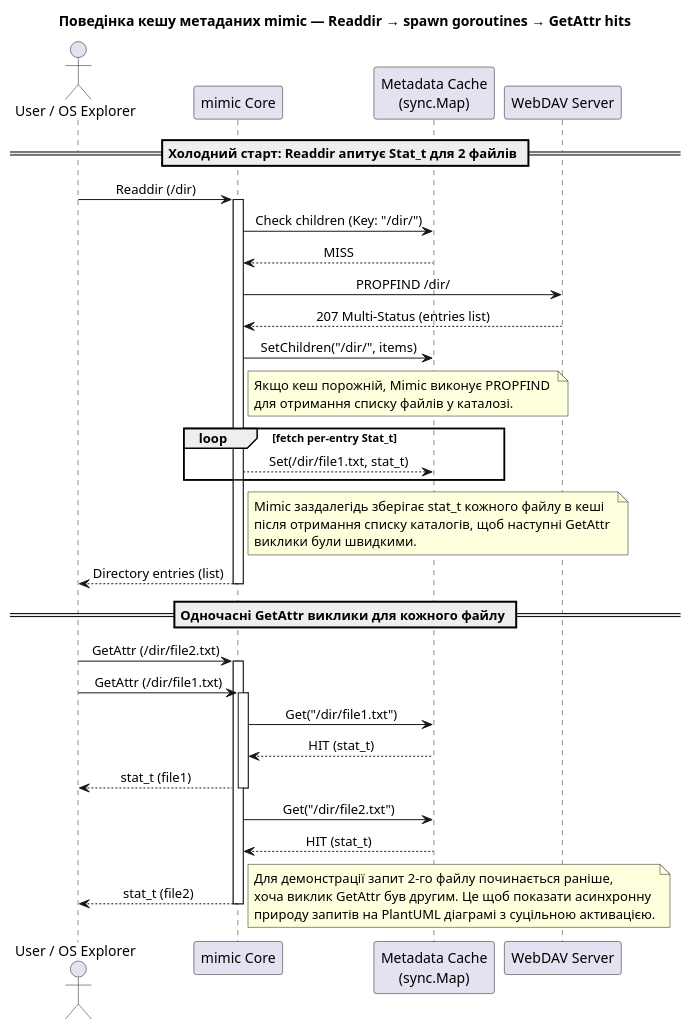
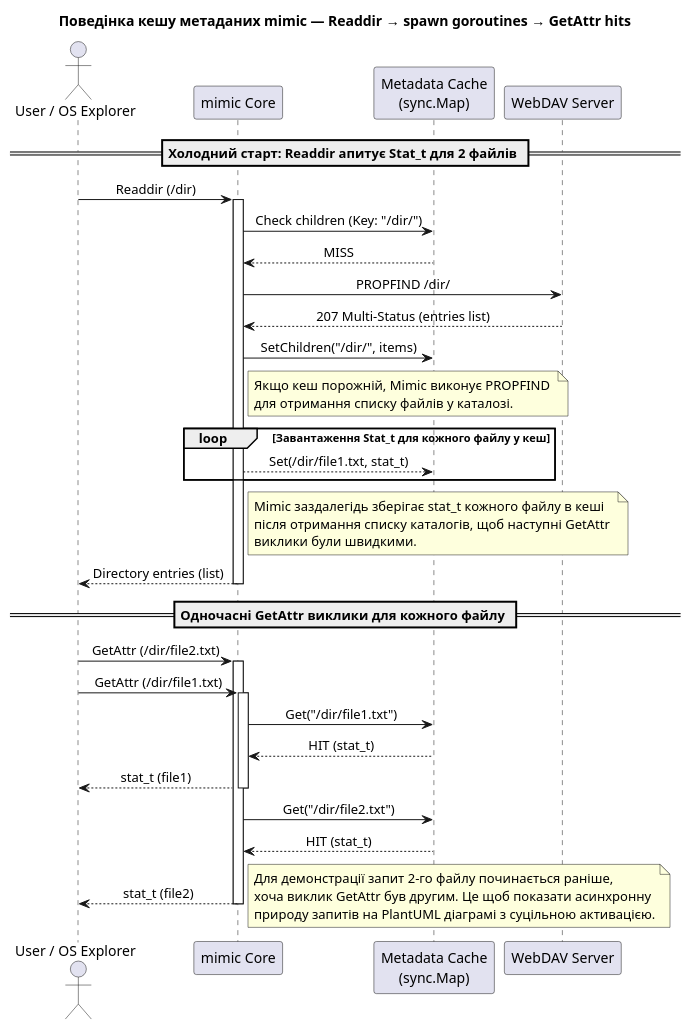
One commit to yur4uwe/mimic changed the diagram in docs/diagrams/readdir_cache.puml. Above: the diagram before and after it, drawn with PlantUML. The commit also changed 6 other files, not shown here.

```diff
--- a/docs/diagrams/readdir_cache.puml
+++ b/docs/diagrams/readdir_cache.puml
@@ -1,61 +1,61 @@
 @startuml Mimic_Cache_Behavior
 title Поведінка кешу метаданих mimic — Readdir → spawn goroutines → GetAttr hits
 skinparam sequenceMessageAlign center
 
 actor "User / OS Explorer" as User
 participant "mimic Core" as Mimic
 participant "Metadata Cache\n(sync.Map)" as Cache
 participant "WebDAV Server" as Server
 
 note left
 Active blocks (activated participants) denote
 separate goroutines running asynchronously, shown
 as parallel activations on the Mimic lifeline.
 end note
 
 == Холодний старт: Readdir апитує Stat_t для 2 файлів ==
 User -> Mimic: Readdir (/dir)
 activate Mimic
 Mimic -> Cache: Check children (Key: "/dir/")
 Cache --> Mimic: MISS
 Mimic -> Server: PROPFIND /dir/
 Server --> Mimic: 207 Multi-Status (entries list)
 Mimic -> Cache: SetChildren("/dir/", items)
 note right of Mimic
 Якщо кеш порожній, Mimic виконує PROPFIND 
 для отримання списку файлів у каталозі.
 end note
 
-loop fetch per-entry Stat_t
+loop Завантаження Stat_t для кожного файлу у кеш
     Mimic --> Cache: Set(/dir/file1.txt, stat_t)
 end
 note right of Mimic
 Mimic заздалегідь зберігає stat_t кожного файлу в кеші
 після отримання списку каталогів, щоб наступні GetAttr 
 виклики були швидкими.
 end note
 
 Mimic --> User: Directory entries (list)
 deactivate Mimic
 
 == Одночасні GetAttr виклики для кожного файлу ==
 
 User -> Mimic: GetAttr (/dir/file2.txt)
 activate Mimic
 User -> Mimic: GetAttr (/dir/file1.txt)
 activate Mimic
 Mimic -> Cache: Get("/dir/file1.txt")
 Cache --> Mimic: HIT (stat_t)
 Mimic --> User: stat_t (file1)
 deactivate Mimic
 Mimic -> Cache: Get("/dir/file2.txt")
 Cache --> Mimic: HIT (stat_t)
 Mimic --> User: stat_t (file2)
 deactivate Mimic
 
 note right
 Для демонстрації запит 2-го файлу починається раніше,
 хоча виклик GetAttr був другим. Це щоб показати асинхронну 
 природу запитів на PlantUML діаграмі з суцільною активацією.
 end note
 @enduml
```
